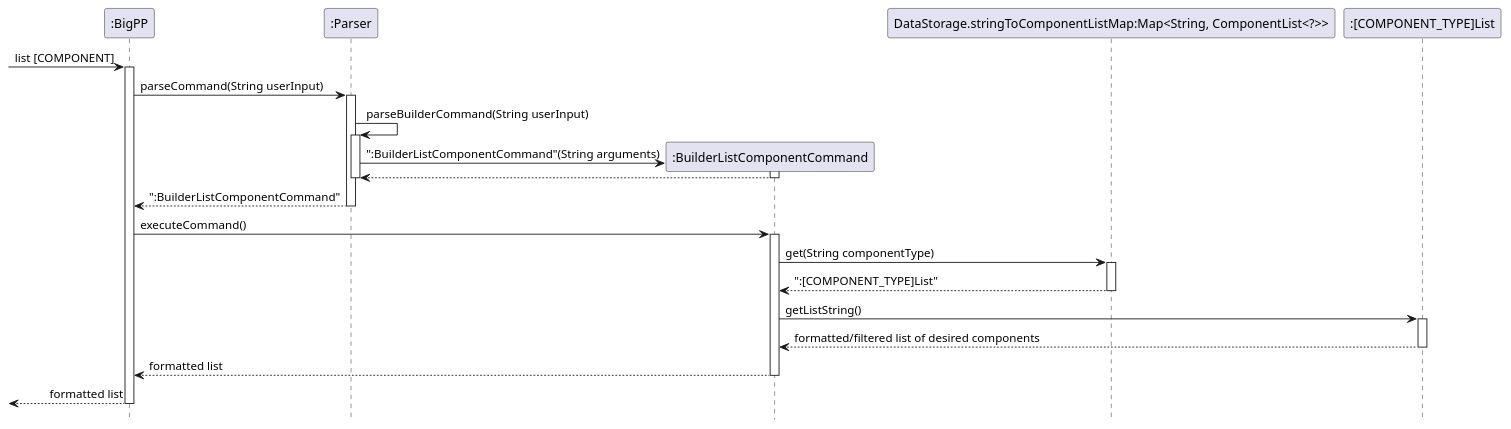
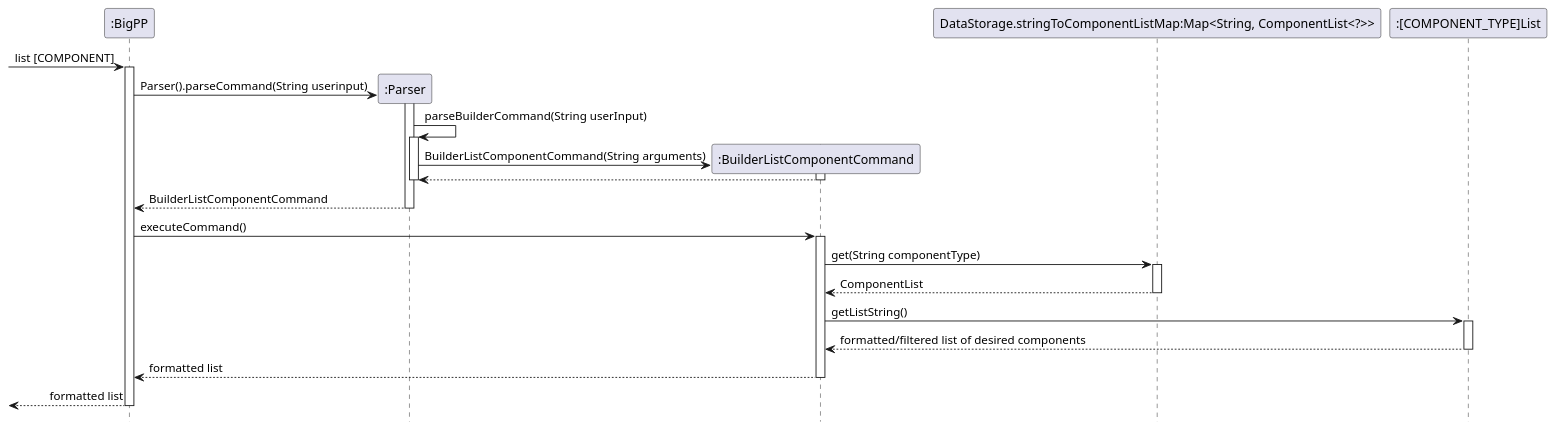
One commit to typingpanda/tp changed the diagram in docs/uml-source/Commands/listComponentCommand.puml. Above: the diagram before and after it, drawn with PlantUML. The commit also changed 3 other files, not shown here.

Commit message:
Update to follow format of sequential diagram for Commands

```diff
--- a/docs/uml-source/Commands/listComponentCommand.puml
+++ b/docs/uml-source/Commands/listComponentCommand.puml
@@ -3,45 +3,52 @@
 @startuml
 !pragma teoz true
 hide footbox
 
--> ":BigPP" : list [COMPONENT]
+participant ":BigPP" as BigPP
+participant ":Parser" as Parser
+participant ":BuilderListComponentCommand" as BuilderListComponentCommand
+participant "DataStorage.stringToComponentListMap:Map<String, ComponentList<?>>" as DataStorage.stringToComponentListMap
+participant ":[COMPONENT_TYPE]List" as ComponentList
 
-activate ":BigPP"
 
-":BigPP" -> ":Parser" : parseCommand(String userInput)
-activate ":Parser"
+-> BigPP : list [COMPONENT]
 
-":Parser" -> ":Parser" : parseBuilderCommand(String userInput)
-activate ":Parser"
-create ":BuilderListComponentCommand"
+activate BigPP
 
-":Parser" -> ":BuilderListComponentCommand" : ":BuilderListComponentCommand"(String arguments)
-activate ":BuilderListComponentCommand"
-":BuilderListComponentCommand" --> ":Parser"
-deactivate ":BuilderListComponentCommand"
+create Parser
+BigPP -> Parser: Parser().parseCommand(String userinput)
+activate Parser
+Parser -> Parser : parseBuilderCommand(String userInput)
+activate Parser
+create BuilderListComponentCommand
 
-deactivate ":Parser"
-":Parser" --> ":BigPP": ":BuilderListComponentCommand"
-deactivate ":Parser"
+Parser -> BuilderListComponentCommand : BuilderListComponentCommand(String arguments)
+activate BuilderListComponentCommand
+BuilderListComponentCommand --> Parser
+deactivate BuilderListComponentCommand
 
-":BigPP" -> ":BuilderListComponentCommand" : executeCommand()
-activate ":BuilderListComponentCommand"
-":BuilderListComponentCommand" -> "DataStorage.stringToComponentListMap:Map<String, ComponentList<?>>" : get(String componentType)
-activate "DataStorage.stringToComponentListMap:Map<String, ComponentList<?>>"
-"DataStorage.stringToComponentListMap:Map<String, ComponentList<?>>" --> ":BuilderListComponentCommand" : ":[COMPONENT_TYPE]List"
-deactivate "DataStorage.stringToComponentListMap:Map<String, ComponentList<?>>"
+deactivate Parser
+Parser --> BigPP: BuilderListComponentCommand
+deactivate Parser
 
-":BuilderListComponentCommand" -> ":[COMPONENT_TYPE]List" : getListString()
-activate ":[COMPONENT_TYPE]List"
-":[COMPONENT_TYPE]List" --> ":BuilderListComponentCommand" : formatted/filtered list of desired components
-deactivate ":[COMPONENT_TYPE]List"
+BigPP -> BuilderListComponentCommand : executeCommand()
+activate BuilderListComponentCommand
+BuilderListComponentCommand -> DataStorage.stringToComponentListMap : get(String componentType)
+activate DataStorage.stringToComponentListMap
+DataStorage.stringToComponentListMap --> BuilderListComponentCommand : ComponentList
+deactivate DataStorage.stringToComponentListMap
 
-":BuilderListComponentCommand" --> ":BigPP" : formatted list
-deactivate ":BuilderListComponentCommand"
+BuilderListComponentCommand -> ComponentList : getListString()
+activate ComponentList
+ComponentList --> BuilderListComponentCommand : formatted/filtered list of desired components
+deactivate ComponentList
 
-<-- ":BigPP" : formatted list
+BuilderListComponentCommand --> BigPP : formatted list
+deactivate BuilderListComponentCommand
 
-deactivate ":BigPP"
+<-- BigPP : formatted list
+
+deactivate BigPP
 
 
 @enduml
```
